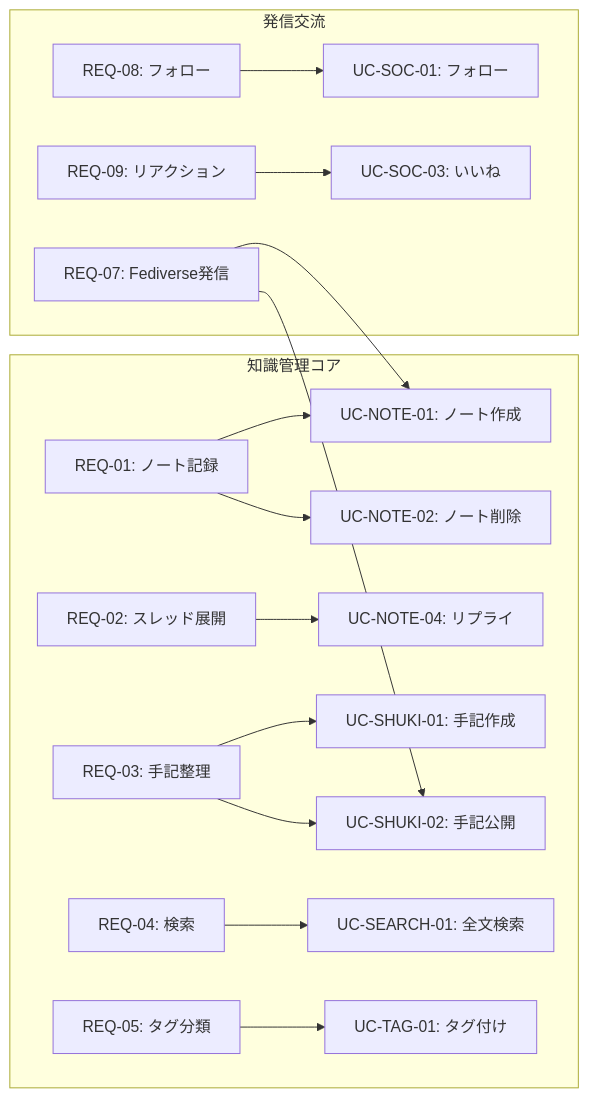
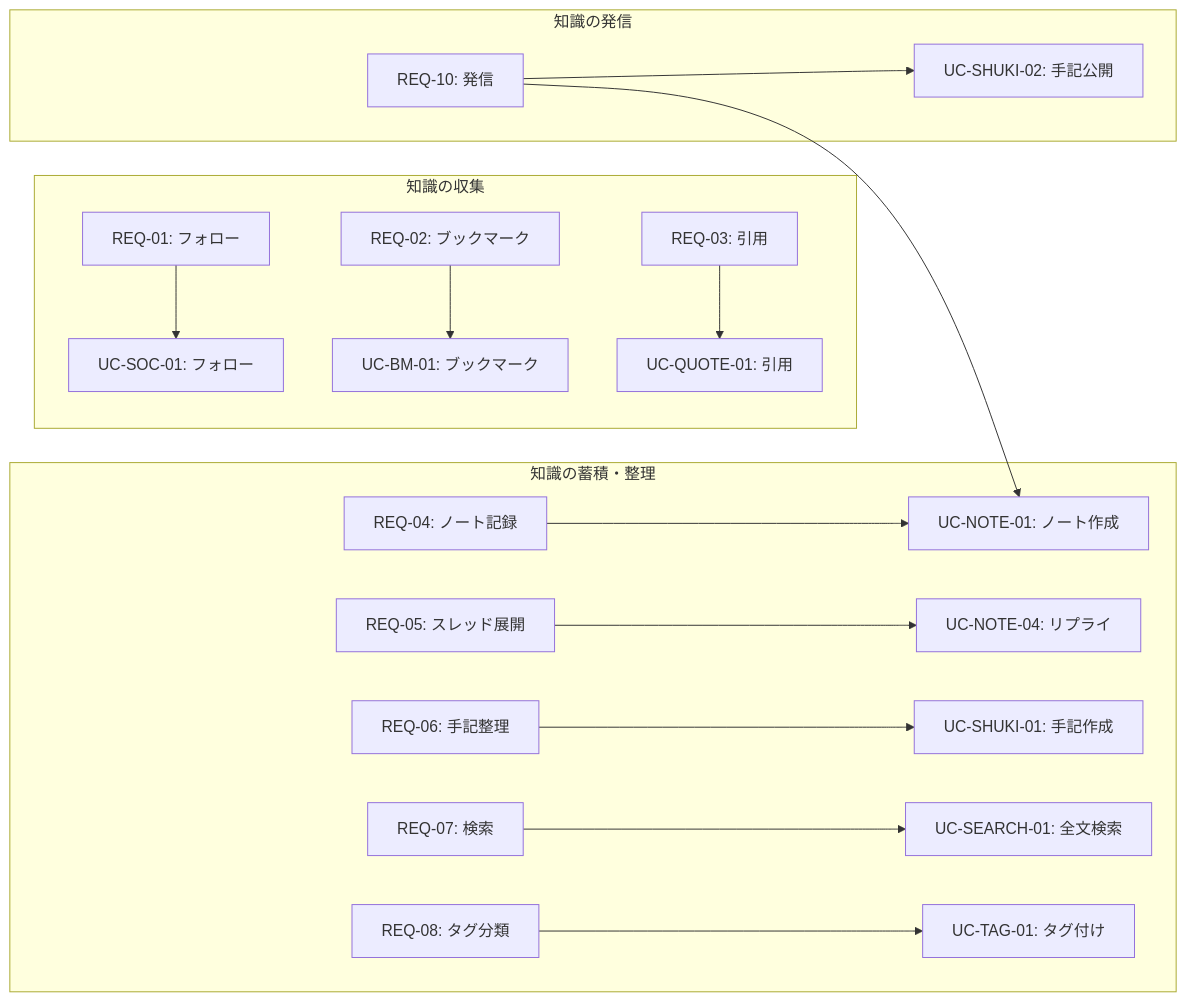
One commit to iwasa-kosui/monorepo changed the fifth of 5 diagrams in apps/microblog/docs/system-value.md. Above: the diagram before and after it, drawn with Mermaid. The commit also changed other lines of this file, not shown here.

````diff
--- a/apps/microblog/docs/system-value.md
+++ b/apps/microblog/docs/system-value.md
@@ -216,19 +245,21 @@
 ```mermaid
 graph LR
-    subgraph "知識管理コア"
-        REQ01["REQ-01: ノート記録"] --> UC01["UC-NOTE-01: ノート作成"]
-        REQ01 --> UC02["UC-NOTE-02: ノート削除"]
-        REQ02["REQ-02: スレッド展開"] --> UC04["UC-NOTE-04: リプライ"]
-        REQ03["REQ-03: 手記整理"] --> UC11["UC-SHUKI-01: 手記作成"]
-        REQ03 --> UC12["UC-SHUKI-02: 手記公開"]
-        REQ04["REQ-04: 検索"] --> UC21["UC-SEARCH-01: 全文検索"]
-        REQ05["REQ-05: タグ分類"] --> UC31["UC-TAG-01: タグ付け"]
+    subgraph "知識の収集"
+        REQ01["REQ-01: フォロー"] --> UC41["UC-SOC-01: フォロー"]
+        REQ02["REQ-02: ブックマーク"] --> UC51["UC-BM-01: ブックマーク"]
+        REQ03["REQ-03: 引用"] --> UC52["UC-QUOTE-01: 引用"]
     end
 
-    subgraph "発信交流"
-        REQ07["REQ-07: Fediverse発信"] --> UC01
-        REQ07 --> UC12
-        REQ08["REQ-08: フォロー"] --> UC41["UC-SOC-01: フォロー"]
-        REQ09["REQ-09: リアクション"] --> UC42["UC-SOC-03: いいね"]
+    subgraph "知識の蓄積・整理"
+        REQ04["REQ-04: ノート記録"] --> UC01["UC-NOTE-01: ノート作成"]
+        REQ05["REQ-05: スレッド展開"] --> UC04["UC-NOTE-04: リプライ"]
+        REQ06["REQ-06: 手記整理"] --> UC11["UC-SHUKI-01: 手記作成"]
+        REQ07["REQ-07: 検索"] --> UC21["UC-SEARCH-01: 全文検索"]
+        REQ08["REQ-08: タグ分類"] --> UC31["UC-TAG-01: タグ付け"]
+    end
+
+    subgraph "知識の発信"
+        REQ10["REQ-10: 発信"] --> UC01
+        REQ10 --> UC12["UC-SHUKI-02: 手記公開"]
     end
 ```
````
